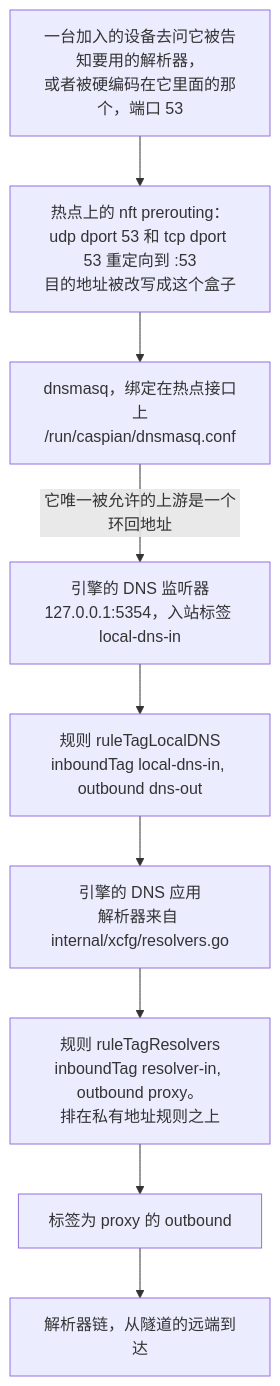
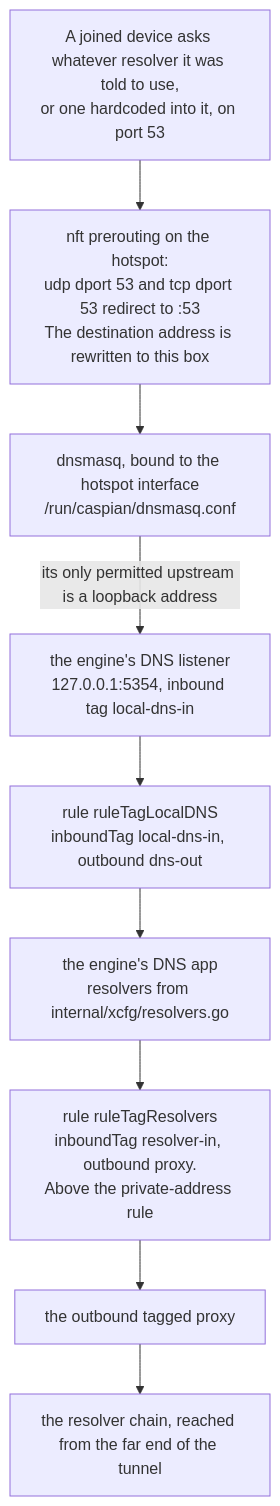
The seventh of 8 diagrams in docs/wiki/Architecture.zh.md (Iman/caspian), drawn with Mermaid before and after one commit. The commit also changed other lines of this file and 149 other files, not shown here.

````diff
--- a/docs/wiki/Architecture.zh.md
+++ b/docs/wiki/Architecture.zh.md
@@ -259,12 +290,12 @@
 ```mermaid
 flowchart TB
-    ASK["一台加入的设备去问它被告知要用的解析器，<br/>或者被硬编码在它里面的那个，端口 53"]
-    ASK --> RD["热点上的 nft prerouting：<br/>udp dport 53 和 tcp dport 53 重定向到 :53<br/>目的地址被改写成这个盒子"]
-    RD --> DM["dnsmasq，绑定在热点接口上<br/>/run/caspian/dnsmasq.conf"]
-    DM -->|"它唯一被允许的上游是一个环回地址"| LD["引擎的 DNS 监听器<br/>127.0.0.1:5354，入站标签 local-dns-in"]
-    LD --> R1["规则 ruleTagLocalDNS<br/>inboundTag local-dns-in, outbound dns-out"]
-    R1 --> APP["引擎的 DNS 应用<br/>解析器来自 internal/xcfg/resolvers.go"]
-    APP --> R2["规则 ruleTagResolvers<br/>inboundTag resolver-in, outbound proxy。<br/>排在私有地址规则之上"]
-    R2 --> OB["标签为 proxy 的 outbound"]
-    OB --> EXIT["解析器链，从隧道的远端到达"]
+    ASK["A joined device asks whatever resolver it was told to use,<br/>or one hardcoded into it, on port 53"]
+    ASK --> RD["nft prerouting on the hotspot:<br/>udp dport 53 and tcp dport 53 redirect to :53<br/>The destination address is rewritten to this box"]
+    RD --> DM["dnsmasq, bound to the hotspot interface<br/>/run/caspian/dnsmasq.conf"]
+    DM -->|"its only permitted upstream is a loopback address"| LD["the engine's DNS listener<br/>127.0.0.1:5354, inbound tag local-dns-in"]
+    LD --> R1["rule ruleTagLocalDNS<br/>inboundTag local-dns-in, outbound dns-out"]
+    R1 --> APP["the engine's DNS app<br/>resolvers from internal/xcfg/resolvers.go"]
+    APP --> R2["rule ruleTagResolvers<br/>inboundTag resolver-in, outbound proxy.<br/>Above the private-address rule"]
+    R2 --> OB["the outbound tagged proxy"]
+    OB --> EXIT["the resolver chain, reached from the far end of the tunnel"]
 ```
````
